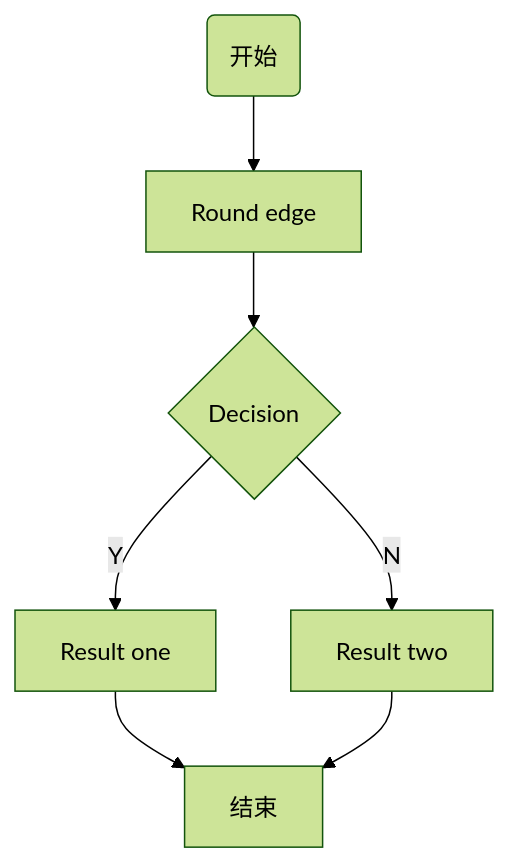
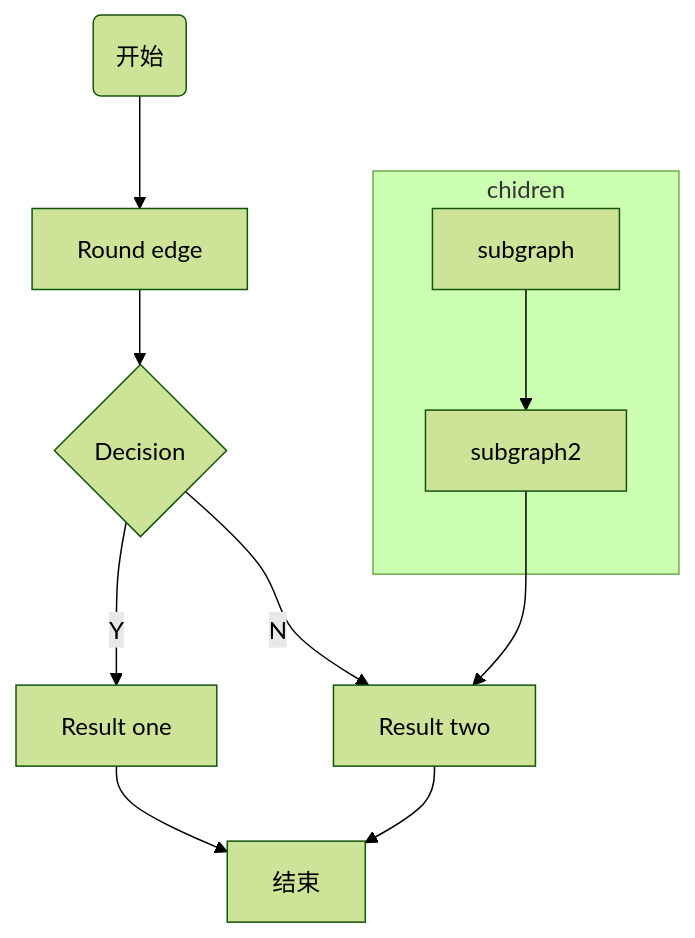
One commit to qingyunzs/qingyunzs.github.io changed the first of 2 diagrams in _posts/tools/2019-03-05-markdown.md. Above: the diagram before and after it, drawn with Mermaid (forest theme). The commit also changed other lines of this file and 175 other files, not shown here.

````diff
--- a/_posts/tools/2019-03-05-markdown.md
+++ b/_posts/tools/2019-03-05-markdown.md
@@ -116,9 +175,13 @@
 ```mermaid
 graph TB
 A(开始) -->B[Round edge]
-    B --> C{Decision}
-    C -->|Y| D[Result one]
-   C -->|N| E[Result two]
-   D -->F
-   E -->F[结束]
+B --> C{Decision}
+C -->|Y| D[Result one]
+C -->|N| E[Result two]
+subgraph chidren
+	E1[subgraph] --> E2[subgraph2]
+end
+E2 --> E
+D -->F
+E -->F[结束]
 ```
````
